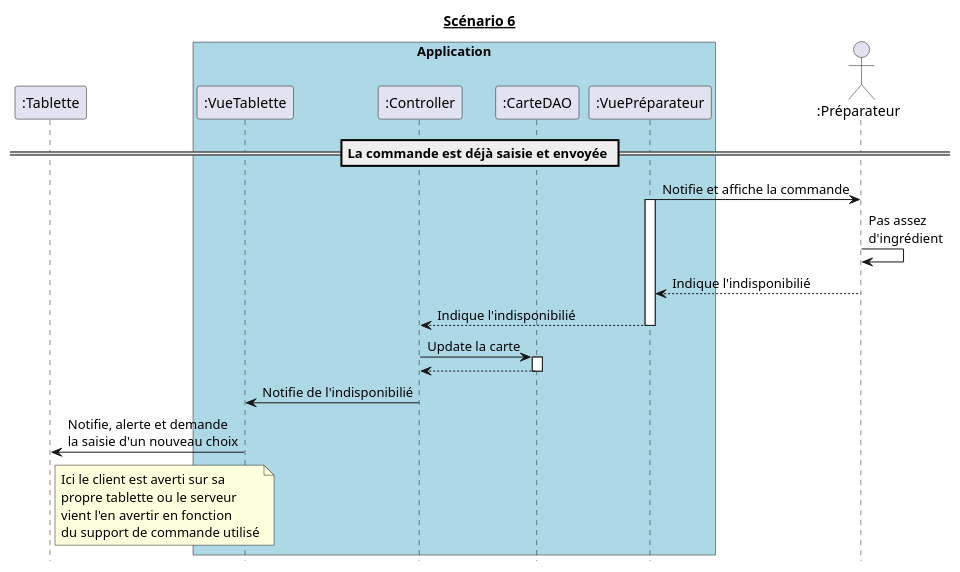
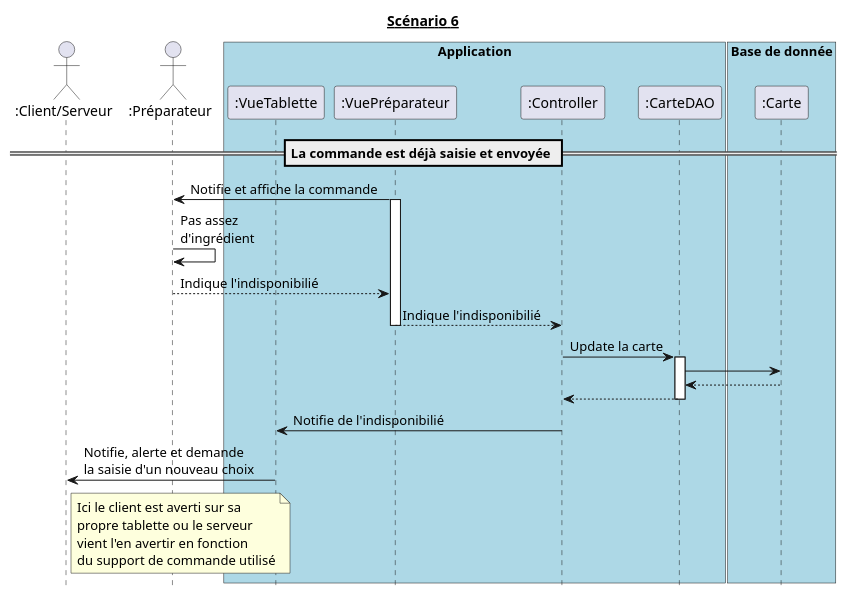
Before and after one commit to hulskenA/GL-Les_seigneurs_du_resto: the diagram in diagrammes_sequences_detailles/dss6.md, drawn with PlantUML. The commit also changed 7 other files, not shown here.

````diff
--- a/diagrammes_sequences_detailles/dss6.md
+++ b/diagrammes_sequences_detailles/dss6.md
@@ -1,43 +1,49 @@
 ```puml
 @startuml
 hide footbox
 title __Scénario 6__
 
-participant ":Tablette" as Tablette order 10
-actor ":Préparateur" as Préparateur order 60
+actor ":Client/Serveur" as Tablette order 10
+actor ":Préparateur" as Préparateur order 20
 
 box "Application" #Lightblue
-  participant ":VueTablette" as VueTablette order 20
-  participant ":Controller" as Controller order 30
-  participant ":CarteDAO" as CarteDAO order 40
-  participant ":VuePréparateur" as VuePréparateur order 50
+  participant ":VueTablette" as VueTablette order 30
+  participant ":VuePréparateur" as VuePréparateur order 40
+  participant ":Controller" as Controller order 50
+  participant ":CarteDAO" as CarteDAO order 60
+endbox
+
+box "Base de donnée" #Lightblue
+  participant ":Carte" as Carte order 70
 endbox
 
 == La commande est déjà saisie et envoyée ==
 
 VuePréparateur -> Préparateur : Notifie et affiche la commande
 activate VuePréparateur
   Préparateur -> Préparateur : Pas assez\nd'ingrédient
   Préparateur --> VuePréparateur : Indique l'indisponibilié
   VuePréparateur --> Controller : Indique l'indisponibilié
 deactivate VuePréparateur
 
 
 Controller -> CarteDAO : Update la carte
 activate CarteDAO
+CarteDAO -> Carte
+CarteDAO <-- Carte
 Controller <-- CarteDAO
 deactivate CarteDAO
 
 Controller -> VueTablette : Notifie de l'indisponibilié
 
 Tablette <- VueTablette : Notifie, alerte et demande\nla saisie d'un nouveau choix
 
 note right Tablette
   Ici le client est averti sur sa
   propre tablette ou le serveur
   vient l'en avertir en fonction
   du support de commande utilisé
 end note
 
 @enduml
 ```
````
